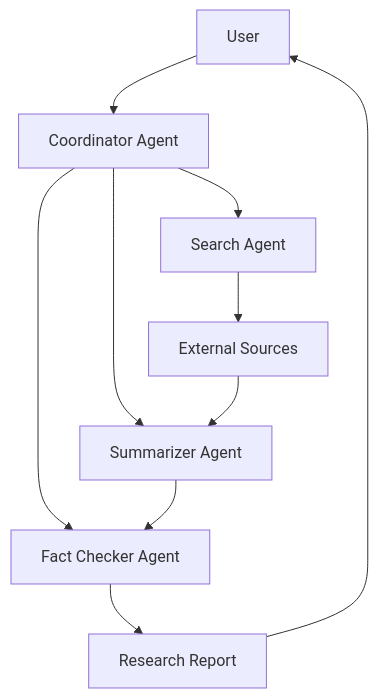
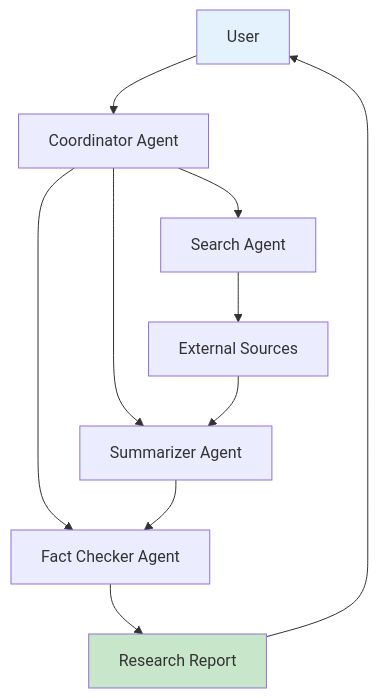
One commit to gtaltou/autonomous-ai-agents-hub changed the second of 9 diagrams in README.md. Above: the diagram before and after it, drawn with Mermaid. The commit also changed other lines of this file and 66 other files, not shown here.

````diff
--- a/README.md
+++ b/README.md
@@ -420,21 +203,24 @@
 ```mermaid
 flowchart TD
 
-    User[User]
+    USER[User]
 
-    User --> Coordinator[Coordinator Agent]
+    USER --> COORD[Coordinator Agent]
 
-    Coordinator --> Search[Search Agent]
-    Coordinator --> Summary[Summarizer Agent]
-    Coordinator --> FactCheck[Fact Checker Agent]
+    COORD --> SEARCH[Search Agent]
+    COORD --> SUMM[Summarizer Agent]
+    COORD --> FACT[Fact Checker Agent]
 
-    Search --> Sources[External Sources]
+    SEARCH --> SOURCES[External Sources]
 
-    Sources --> Summary
+    SOURCES --> SUMM
 
-    Summary --> FactCheck
+    SUMM --> FACT
 
-    FactCheck --> Report[Research Report]
+    FACT --> REPORT[Research Report]
 
-    Report --> User
+    REPORT --> USER
+
+    style USER fill:#E3F2FD
+    style REPORT fill:#C8E6C9
 ```
````
